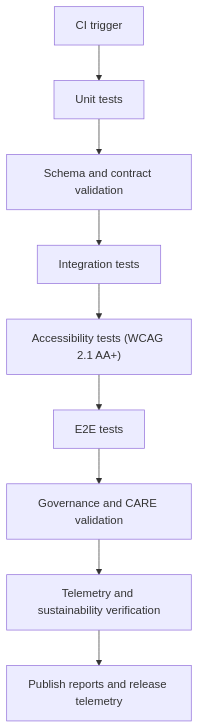
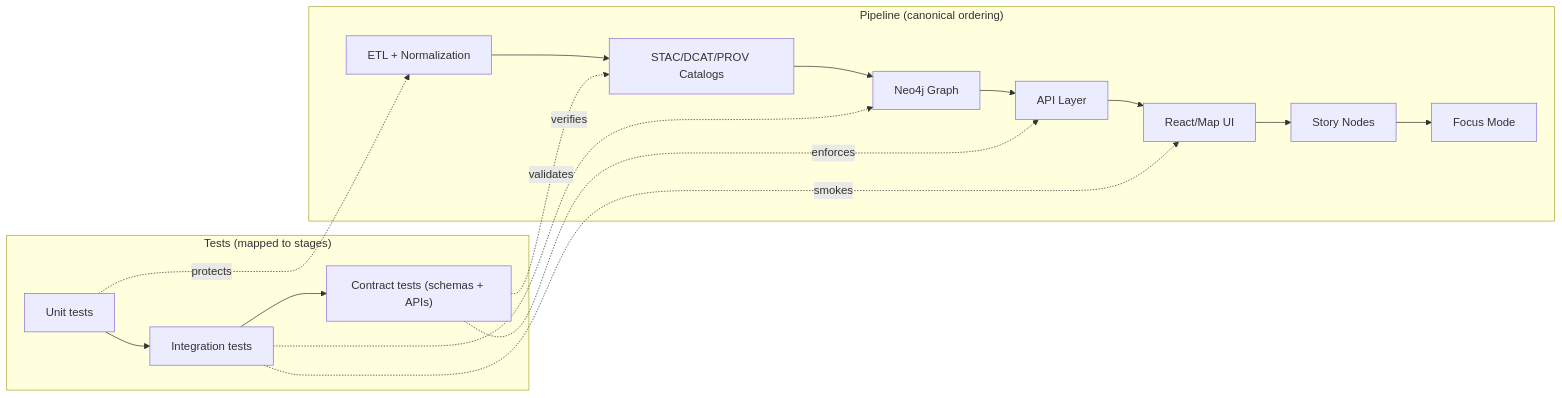
The first of 2 diagrams in tests/README.md (bartytime4life/Kansas-Frontier-Matrix), drawn with Mermaid before and after one commit. The commit also changed other lines of this file, not shown here.

Commit message:
Update README metadata and structure for tests

```diff
--- a/tests/README.md
+++ b/tests/README.md
@@ -191,11 +165,22 @@
 ~~~mermaid
-flowchart TD
-  A["CI trigger"] --> B["Unit tests"]
-  B --> C["Schema and contract validation"]
-  C --> D["Integration tests"]
-  D --> E["Accessibility tests (WCAG 2.1 AA+)"]
-  E --> F["E2E tests"]
-  F --> G["Governance and CARE validation"]
-  G --> H["Telemetry and sustainability verification"]
-  H --> I["Publish reports and release telemetry"]
+flowchart LR
+  subgraph A["Pipeline (canonical ordering)"]
+    A1["ETL + Normalization"] --> A2["STAC/DCAT/PROV Catalogs"]
+    A2 --> A3["Neo4j Graph"]
+    A3 --> A4["API Layer"]
+    A4 --> A5["React/Map UI"]
+    A5 --> A6["Story Nodes"]
+    A6 --> A7["Focus Mode"]
+  end
+
+  subgraph T["Tests (mapped to stages)"]
+    T1["Unit tests"] --> T2["Integration tests"]
+    T2 --> T3["Contract tests (schemas + APIs)"]
+  end
+
+  T1 -. protects .-> A1
+  T3 -. validates .-> A2
+  T2 -. verifies .-> A3
+  T3 -. enforces .-> A4
+  T2 -. smokes .-> A5
 ~~~
```
